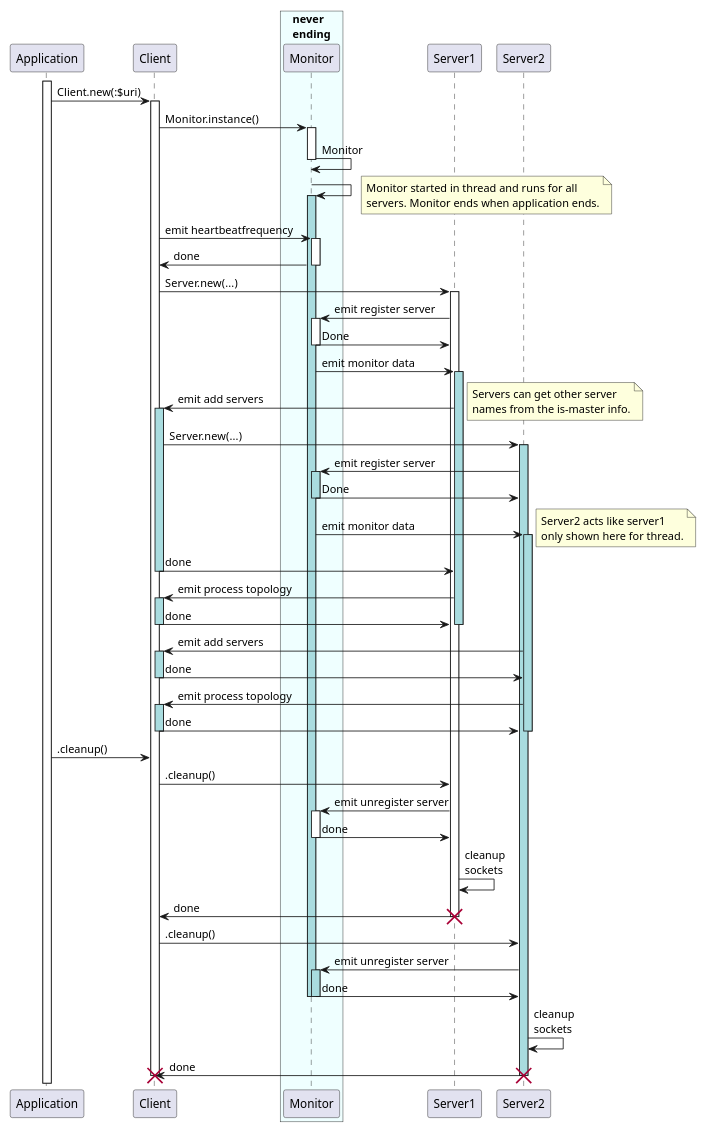
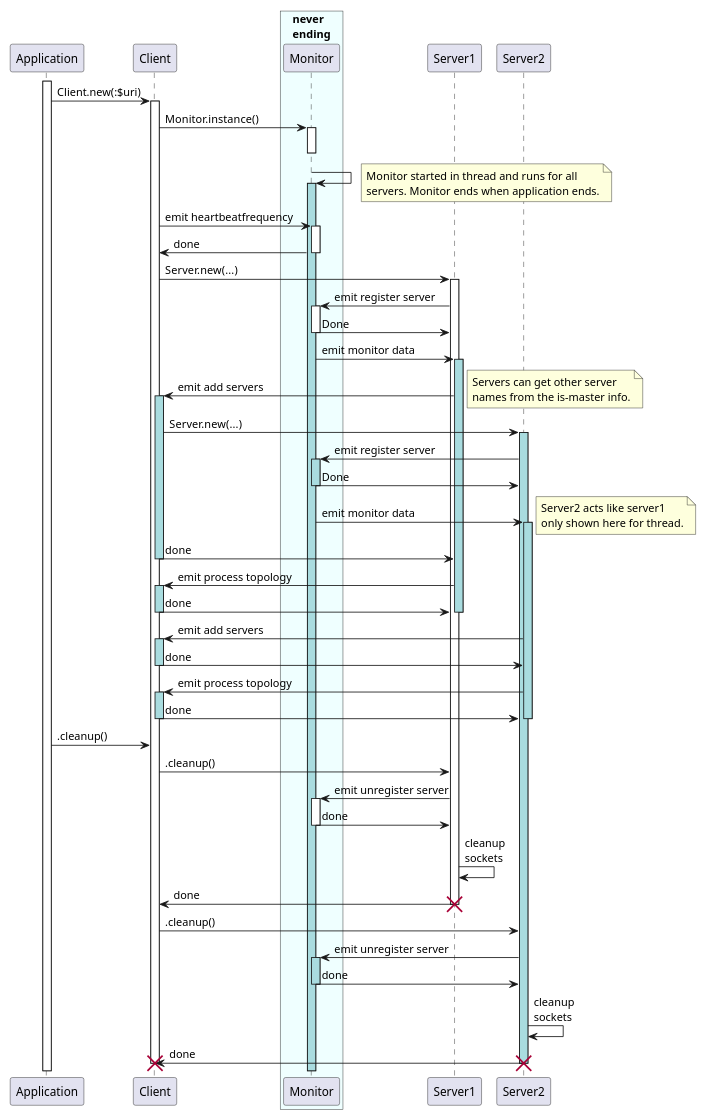
The third of 7 diagrams in doc/Design/Design-software.md (MARTIMM/raku-mongodb-driver), drawn with PlantUML before and after one commit. The commit also changed other lines of this file, not shown here.

````diff
--- a/doc/Design/Design-software.md
+++ b/doc/Design/Design-software.md
@@ -114,82 +125,82 @@
 ```plantuml
 scale 0.8
 
 skinparam sequence {
 '  LifeLineBorderColor blue
   LifeLineBackgroundColor #fff
 }
 
 participant Application
 activate Application
 
 participant Client
 
 Application -> Client: Client.new(:$uri)
 activate Client
 
 box "never\nending" #efffff
   participant Monitor
 end box
 
 Client -> Monitor ++: Monitor.instance()
-Monitor -> Monitor --: Monitor
+'Monitor -> Monitor --: Monitor
 deactivate Monitor
 Monitor -> Monitor ++ #A9DCDF:
 note right
   Monitor started in thread and runs for all
   servers. Monitor ends when application ends.
 end note
 
 Client -> Monitor ++ : emit heartbeatfrequency
 Monitor -> Client --: done
 
 Client -> Server1 ++: Server.new(...)
 Server1 -> Monitor ++: emit register server
 Monitor -> Server1 --: Done
 
 Monitor -> Server1 ++ #A9DCDF: emit monitor data
 
 Server1 -> Client ++ #A9DCDF: emit add servers
   note right
     Servers can get other server
     names from the is-master info.
   end note
 
   Client -> Server2 ++ #A9DCDF: Server.new(...)
   Server2 -> Monitor ++ #A9DCDF: emit register server
   Monitor -> Server2 --: Done
   Monitor -> Server2 ++ #A9DCDF: emit monitor data
   note right
     Server2 acts like server1
     only shown here for thread.
   end note
 
 Client -> Server1 --: done
 Server1 -> Client ++ #A9DCDF: emit process topology
 Client -> Server1 --: done
 deactivate Server1
 
 Server2 -> Client ++ #A9DCDF: emit add servers
 Client -> Server2 --: done
 Server2 -> Client ++ #A9DCDF: emit process topology
 Client -> Server2 --: done
 deactivate Server2
 
 
 Application -> Client: .cleanup()
 Client -> Server1: .cleanup()
 Server1 -> Monitor ++: emit unregister server
 Monitor -> Server1 --: done
 Server1 -> Server1: cleanup\nsockets
 Server1 -> Client: done
 destroy Server1
 
 Client -> Server2: .cleanup()
 Server2 -> Monitor ++ #A9DCDF: emit unregister server
 Monitor -> Server2 -- #A9DCDF: done
 Server2 -> Server2: cleanup\nsockets
 Server2 -> Client: done
 destroy Server2
 
 destroy Client
 ```
````
